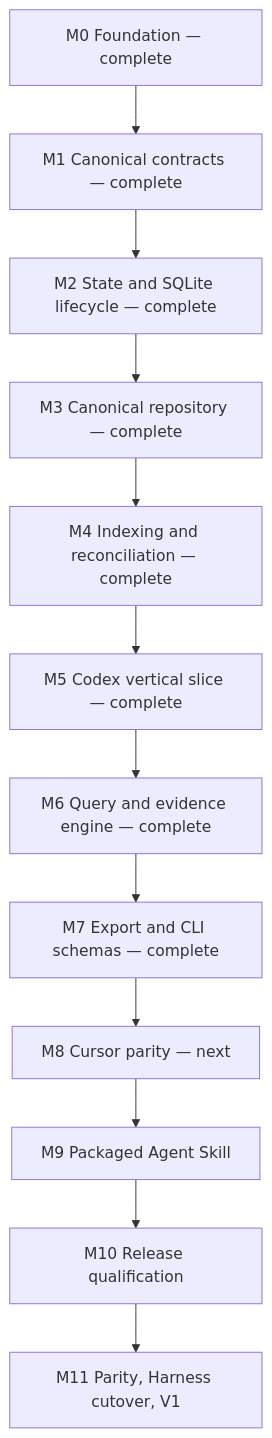
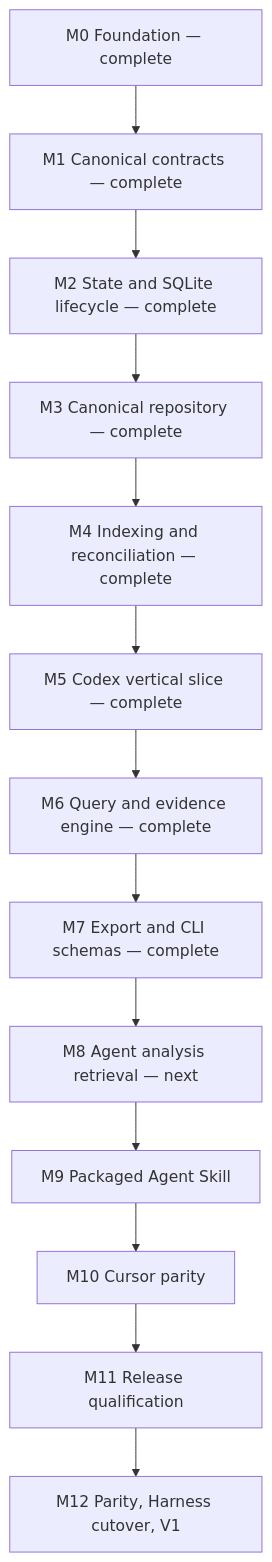
One commit to ferueda/sessions changed the diagram in dev/plans/260713-v1-implementation-roadmap.md. Above: the diagram before and after it, drawn with Mermaid. The commit also changed other lines of this file and 8 other files, not shown here.

Commit message:
docs: add agent analysis roadmap

````diff
--- a/dev/plans/260713-v1-implementation-roadmap.md
+++ b/dev/plans/260713-v1-implementation-roadmap.md
@@ -107,14 +109,15 @@
 ```mermaid
 flowchart TD
   M0["M0 Foundation — complete"] --> M1["M1 Canonical contracts — complete"]
   M1 --> M2["M2 State and SQLite lifecycle — complete"]
   M2 --> M3["M3 Canonical repository — complete"]
   M3 --> M4["M4 Indexing and reconciliation — complete"]
   M4 --> M5["M5 Codex vertical slice — complete"]
   M5 --> M6["M6 Query and evidence engine — complete"]
   M6 --> M7["M7 Export and CLI schemas — complete"]
-  M7 --> M8["M8 Cursor parity — next"]
+  M7 --> M8["M8 Agent analysis retrieval — next"]
   M8 --> M9["M9 Packaged Agent Skill"]
-  M9 --> M10["M10 Release qualification"]
-  M10 --> M11["M11 Parity, Harness cutover, V1"]
+  M9 --> M10["M10 Cursor parity"]
+  M10 --> M11["M11 Release qualification"]
+  M11 --> M12["M12 Parity, Harness cutover, V1"]
 ```
````
